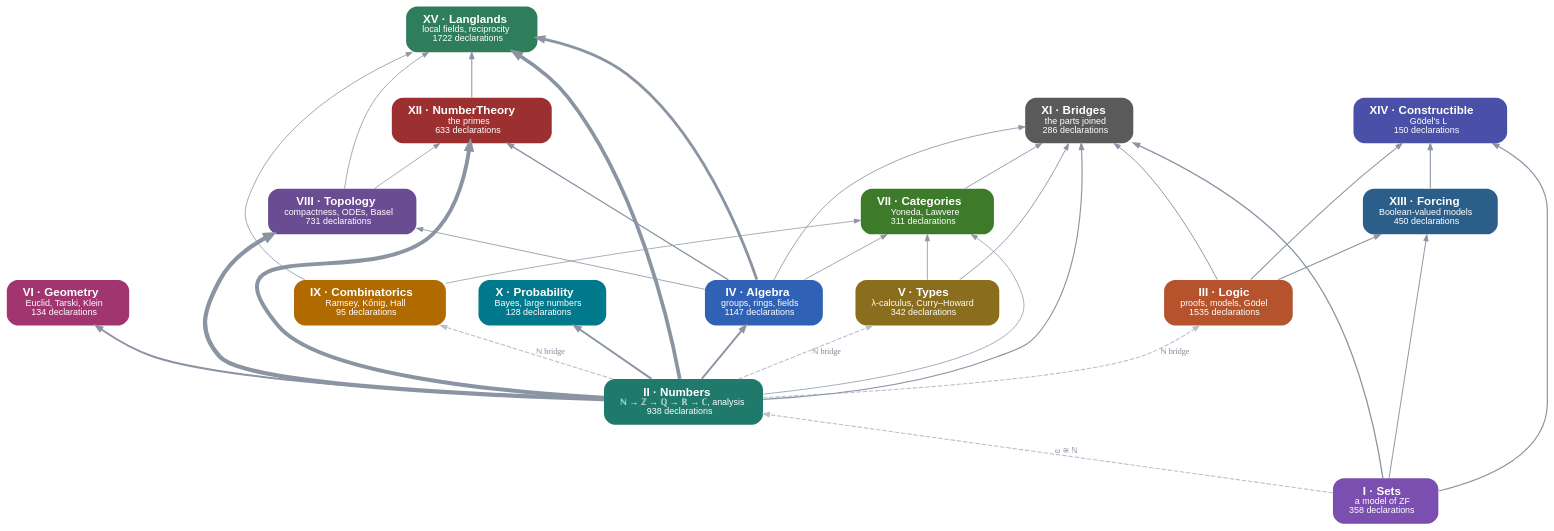
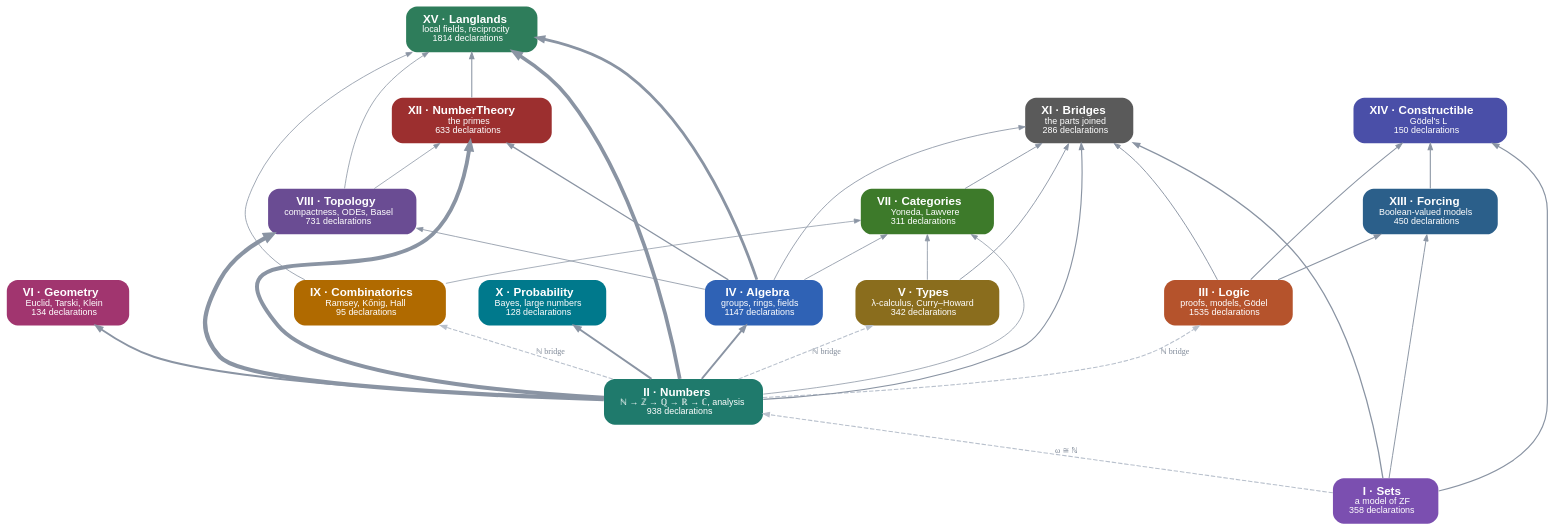
The diagram in site/dist/parts.dot (damianspendel/foundations), drawn with Graphviz before and after one commit. The commit also changed 16 other files, not shown here.

First line of the commit message:
Toward Langlands: binary quadratic forms, Gauss reduction, class numbers, primes represented

```diff
--- a/site/dist/parts.dot
+++ b/site/dist/parts.dot
@@ -1,52 +1,52 @@
 digraph parts {
 rankdir=BT; bgcolor="transparent"; nodesep=0.5; ranksep=0.7;
 node [shape=box, style="rounded,filled", fontname="Helvetica", fontsize=13, penwidth=0, margin="0.25,0.12"];
 edge [color="#8a94a3", arrowsize=0.7];
 "Sets" [label=<<b>I · Sets</b><br/><font point-size="10">a model of ZF<br/>358 declarations</font>>, fillcolor="#7b4fb0", fontcolor="white"];
 "Numbers" [label=<<b>II · Numbers</b><br/><font point-size="10">ℕ → ℤ → ℚ → ℝ → ℂ, analysis<br/>938 declarations</font>>, fillcolor="#1f7a6c", fontcolor="white"];
 "Logic" [label=<<b>III · Logic</b><br/><font point-size="10">proofs, models, Gödel<br/>1535 declarations</font>>, fillcolor="#b5532c", fontcolor="white"];
 "Algebra" [label=<<b>IV · Algebra</b><br/><font point-size="10">groups, rings, fields<br/>1147 declarations</font>>, fillcolor="#2f62b5", fontcolor="white"];
 "Types" [label=<<b>V · Types</b><br/><font point-size="10">λ-calculus, Curry–Howard<br/>342 declarations</font>>, fillcolor="#8a6d1d", fontcolor="white"];
 "Geometry" [label=<<b>VI · Geometry</b><br/><font point-size="10">Euclid, Tarski, Klein<br/>134 declarations</font>>, fillcolor="#a1356f", fontcolor="white"];
 "Categories" [label=<<b>VII · Categories</b><br/><font point-size="10">Yoneda, Lawvere<br/>311 declarations</font>>, fillcolor="#3d7a2a", fontcolor="white"];
 "Topology" [label=<<b>VIII · Topology</b><br/><font point-size="10">compactness, ODEs, Basel<br/>731 declarations</font>>, fillcolor="#6a4c93", fontcolor="white"];
 "Combinatorics" [label=<<b>IX · Combinatorics</b><br/><font point-size="10">Ramsey, Kőnig, Hall<br/>95 declarations</font>>, fillcolor="#b06a00", fontcolor="white"];
 "Probability" [label=<<b>X · Probability</b><br/><font point-size="10">Bayes, large numbers<br/>128 declarations</font>>, fillcolor="#00798c", fontcolor="white"];
 "Bridges" [label=<<b>XI · Bridges</b><br/><font point-size="10">the parts joined<br/>286 declarations</font>>, fillcolor="#5a5a5a", fontcolor="white"];
 "NumberTheory" [label=<<b>XII · NumberTheory</b><br/><font point-size="10">the primes<br/>633 declarations</font>>, fillcolor="#9c2f2f", fontcolor="white"];
 "Forcing" [label=<<b>XIII · Forcing</b><br/><font point-size="10">Boolean-valued models<br/>450 declarations</font>>, fillcolor="#2b5f8a", fontcolor="white"];
 "Constructible" [label=<<b>XIV · Constructible</b><br/><font point-size="10">Gödel's L<br/>150 declarations</font>>, fillcolor="#4a4fa8", fontcolor="white"];
-"Langlands" [label=<<b>XV · Langlands</b><br/><font point-size="10">local fields, reciprocity<br/>1722 declarations</font>>, fillcolor="#2e7d5b", fontcolor="white"];
+"Langlands" [label=<<b>XV · Langlands</b><br/><font point-size="10">local fields, reciprocity<br/>1814 declarations</font>>, fillcolor="#2e7d5b", fontcolor="white"];
 "Algebra" -> "Bridges" [penwidth=0.94, tooltip="37 uses of Algebra in Bridges"];
 "Algebra" -> "Categories" [penwidth=0.91, tooltip="23 uses of Algebra in Categories"];
-"Algebra" -> "Langlands" [penwidth=3.15, tooltip="10158 uses of Algebra in Langlands"];
+"Algebra" -> "Langlands" [penwidth=3.15, tooltip="10167 uses of Algebra in Langlands"];
 "Algebra" -> "NumberTheory" [penwidth=1.40, tooltip="653 uses of Algebra in NumberTheory"];
 "Algebra" -> "Topology" [penwidth=0.91, tooltip="24 uses of Algebra in Topology"];
 "Categories" -> "Bridges" [penwidth=1.01, tooltip="82 uses of Categories in Bridges"];
 "Combinatorics" -> "Categories" [penwidth=0.82, tooltip="1 uses of Combinatorics in Categories"];
 "Combinatorics" -> "Langlands" [penwidth=0.89, tooltip="14 uses of Combinatorics in Langlands"];
 "Forcing" -> "Constructible" [penwidth=1.21, tooltip="314 uses of Forcing in Constructible"];
 "Logic" -> "Bridges" [penwidth=1.05, tooltip="115 uses of Logic in Bridges"];
 "Logic" -> "Constructible" [penwidth=1.16, tooltip="234 uses of Logic in Constructible"];
 "Logic" -> "Forcing" [penwidth=1.23, tooltip="338 uses of Logic in Forcing"];
 "NumberTheory" -> "Langlands" [penwidth=1.18, tooltip="265 uses of NumberTheory in Langlands"];
 "Numbers" -> "Algebra" [penwidth=2.10, tooltip="3114 uses of Numbers in Algebra"];
 "Numbers" -> "Bridges" [penwidth=1.27, tooltip="404 uses of Numbers in Bridges"];
 "Numbers" -> "Categories" [penwidth=0.85, tooltip="5 uses of Numbers in Categories"];
 "Numbers" -> "Geometry" [penwidth=2.12, tooltip="3189 uses of Numbers in Geometry"];
-"Numbers" -> "Langlands" [penwidth=4.15, tooltip="20660 uses of Numbers in Langlands"];
+"Numbers" -> "Langlands" [penwidth=4.15, tooltip="20670 uses of Numbers in Langlands"];
 "Numbers" -> "NumberTheory" [penwidth=4.39, tooltip="23743 uses of Numbers in NumberTheory"];
 "Numbers" -> "Probability" [penwidth=2.21, tooltip="3662 uses of Numbers in Probability"];
 "Numbers" -> "Topology" [penwidth=4.80, tooltip="29469 uses of Numbers in Topology"];
 "Sets" -> "Bridges" [penwidth=1.46, tooltip="796 uses of Sets in Bridges"];
 "Sets" -> "Constructible" [penwidth=1.32, tooltip="492 uses of Sets in Constructible"];
 "Sets" -> "Forcing" [penwidth=1.08, tooltip="145 uses of Sets in Forcing"];
 "Topology" -> "Langlands" [penwidth=0.88, tooltip="11 uses of Topology in Langlands"];
 "Topology" -> "NumberTheory" [penwidth=0.85, tooltip="4 uses of Topology in NumberTheory"];
 "Types" -> "Bridges" [penwidth=1.00, tooltip="73 uses of Types in Bridges"];
 "Types" -> "Categories" [penwidth=0.91, tooltip="21 uses of Types in Categories"];
 "Sets" -> "Numbers" [style=dashed, color="#b8c0cc", penwidth=1.2, label=<<font point-size="9" color="#7d8796">ω ≅ ℕ</font>>];
 "Numbers" -> "Logic" [style=dashed, color="#b8c0cc", penwidth=1.2, label=<<font point-size="9" color="#7d8796">ℕ bridge</font>>];
 "Numbers" -> "Types" [style=dashed, color="#b8c0cc", penwidth=1.2, label=<<font point-size="9" color="#7d8796">ℕ bridge</font>>];
 "Numbers" -> "Combinatorics" [style=dashed, color="#b8c0cc", penwidth=1.2, label=<<font point-size="9" color="#7d8796">ℕ bridge</font>>];
 }
```
